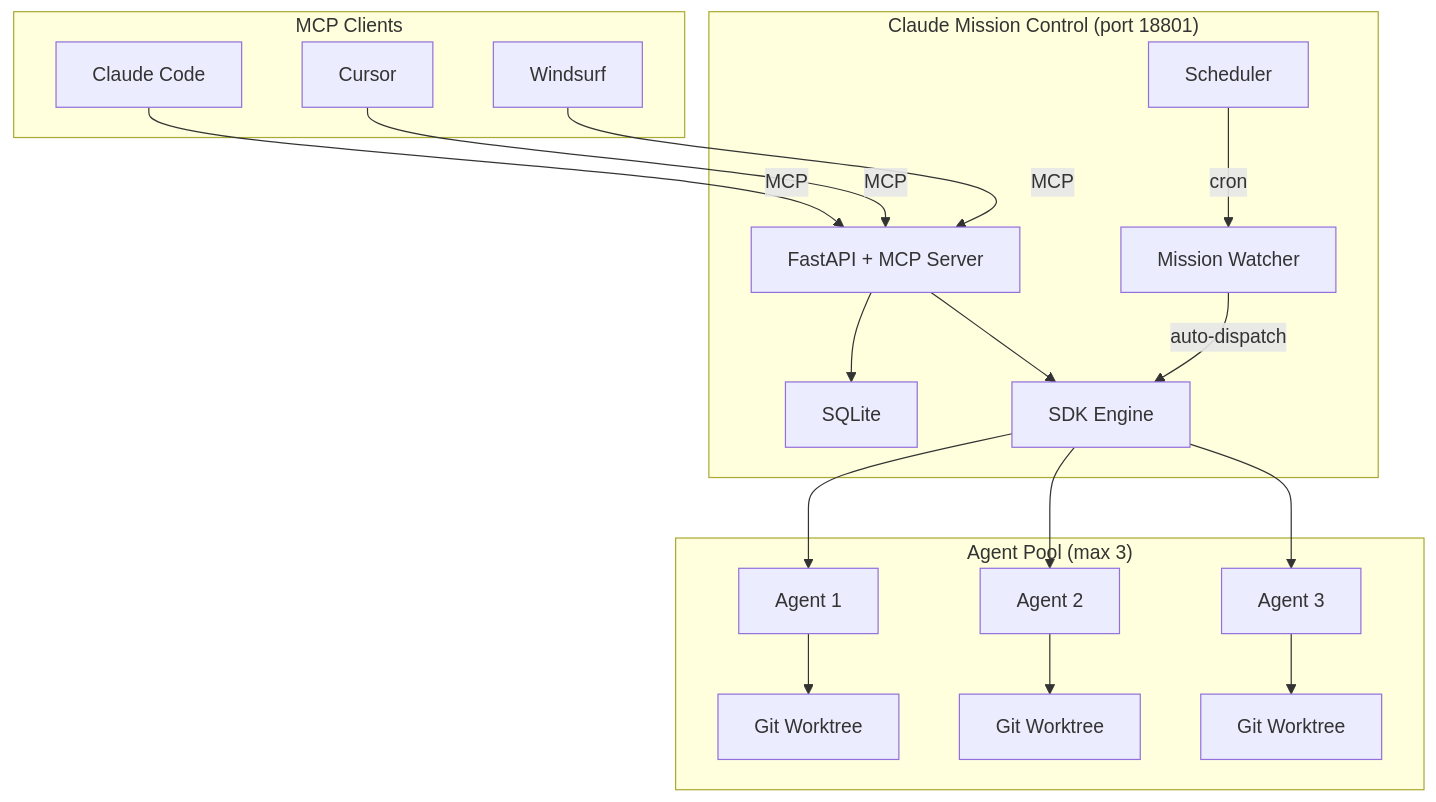
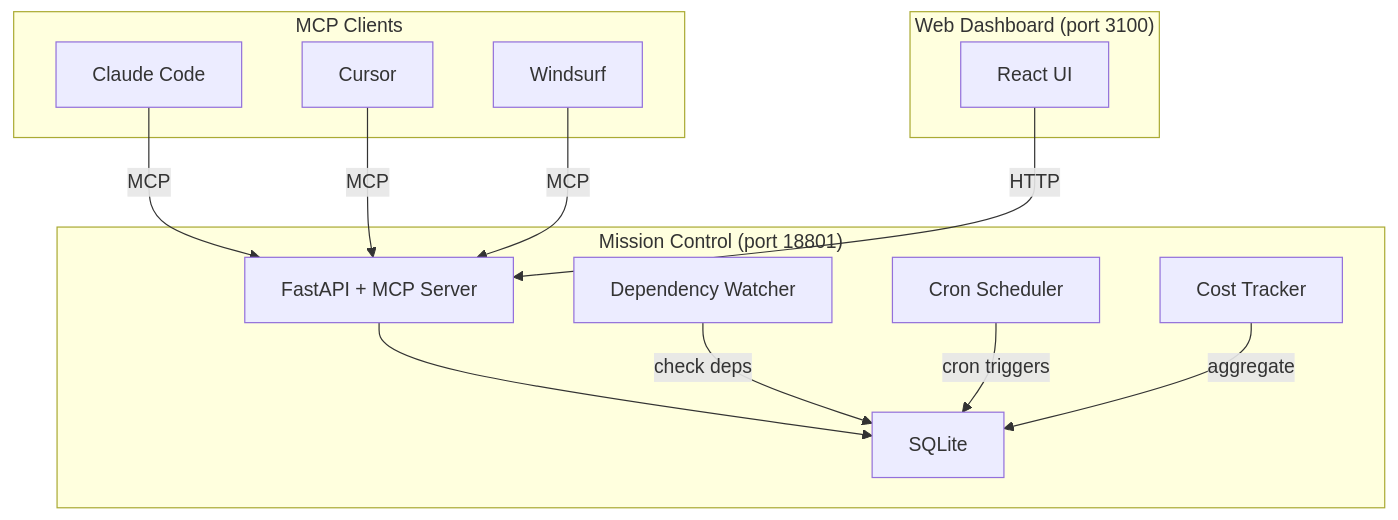
Before and after one commit to Cyvid7-Darus10/claude-mission-control: the second of 2 diagrams in README.md, drawn with Mermaid. The commit also changed other lines of this file, not shown here.

First line of the commit message:
feat: rewrite README to position as mission tracker, not agent dispatcher

````diff
--- a/README.md
+++ b/README.md
@@ -94,31 +96,29 @@
 ```mermaid
 graph TB
     subgraph Clients["MCP Clients"]
         CC["Claude Code"]
         CU["Cursor"]
         WS["Windsurf"]
     end
 
-    subgraph Fleet["Claude Mission Control (port 18801)"]
+    subgraph MC["Mission Control (port 18801)"]
         API["FastAPI + MCP Server"]
         DB["SQLite"]
-        SDK["SDK Engine"]
-        WATCH["Mission Watcher"]
-        SCHED["Scheduler"]
+        WATCH["Dependency Watcher"]
+        SCHED["Cron Scheduler"]
+        COST["Cost Tracker"]
     end
 
-    subgraph Agents["Agent Pool (max 3)"]
-        A1["Agent 1"] --> WT1["Git Worktree"]
-        A2["Agent 2"] --> WT2["Git Worktree"]
-        A3["Agent 3"] --> WT3["Git Worktree"]
+    subgraph Dashboard["Web Dashboard (port 3100)"]
+        UI["React UI"]
     end
 
     CC -->|MCP| API
     CU -->|MCP| API
     WS -->|MCP| API
-    API --> SDK
     API --> DB
-    SDK --> A1 & A2 & A3
-    WATCH -->|"auto-dispatch"| SDK
-    SCHED -->|"cron"| WATCH
+    WATCH -->|"check deps"| DB
+    SCHED -->|"cron triggers"| DB
+    COST -->|"aggregate"| DB
+    UI -->|HTTP| API
 ```
````
